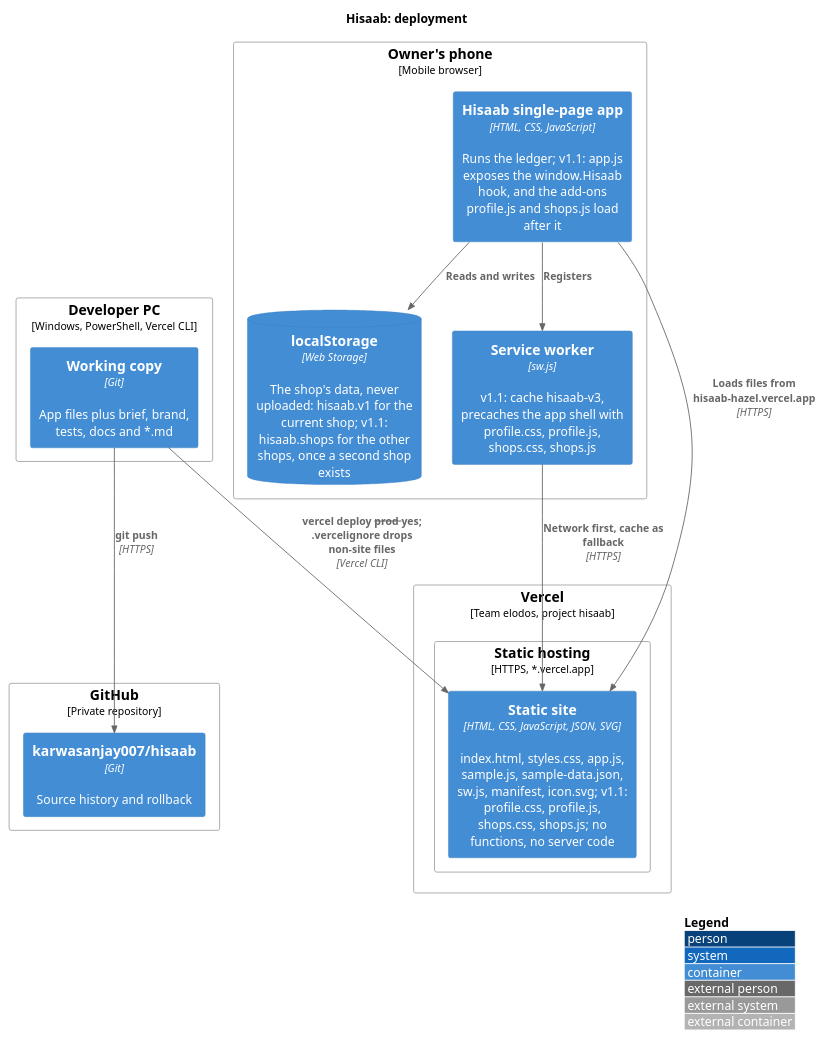
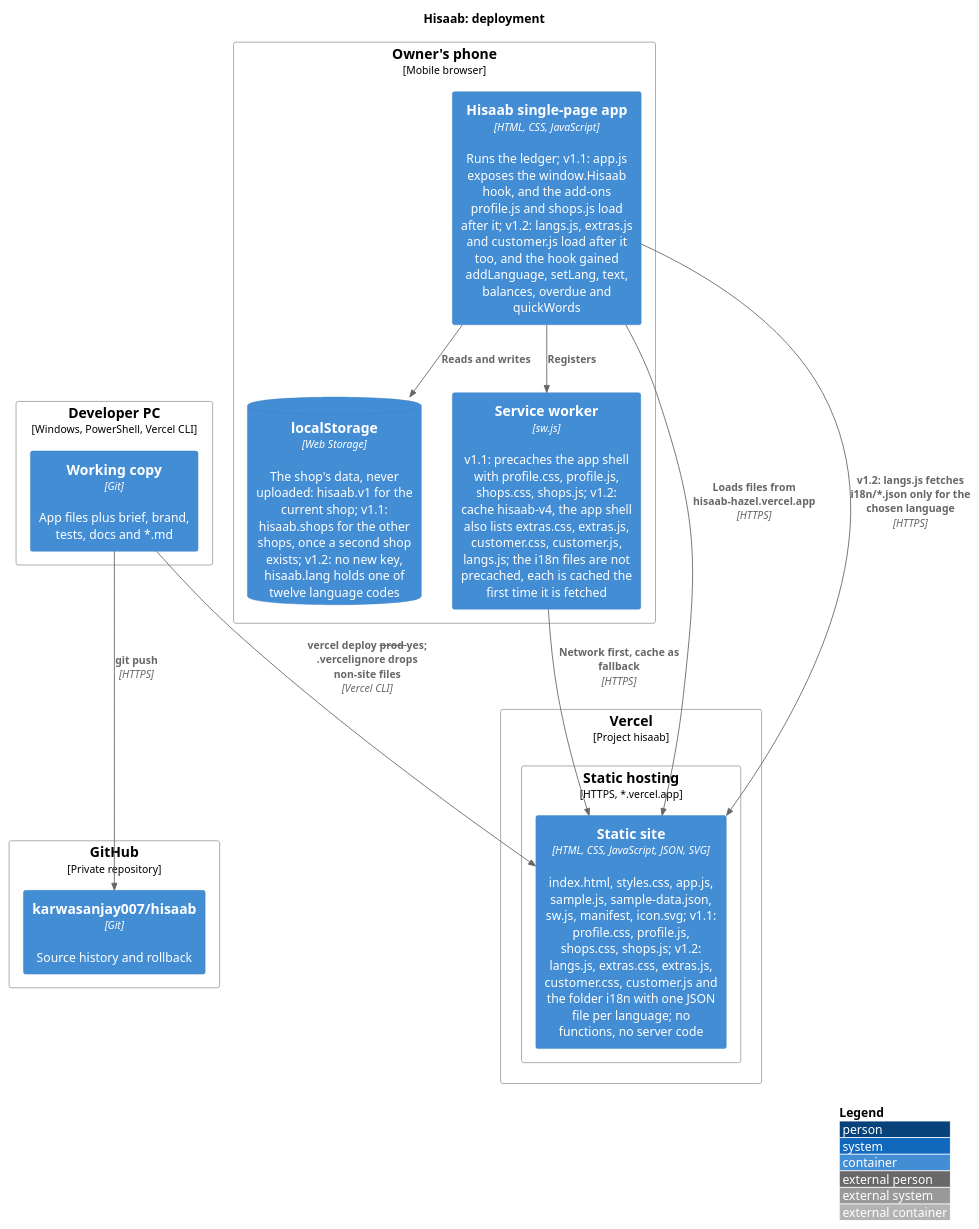
One commit to karwasanjay007/hisaab-docs changed the diagram in docs/diagrams/deployment.puml. Above: the diagram before and after it, drawn with PlantUML. The commit also changed 25 other files, not shown here.

First line of the commit message:
Version 1.2.0.0: twelve languages, customer tools, note shortcuts; README supports table; requirement and feature map; diagrams; evidence; hosting team name removed

```diff
--- a/docs/diagrams/deployment.puml
+++ b/docs/diagrams/deployment.puml
@@ -1,30 +1,31 @@
 @startuml deployment
 !include <C4/C4_Deployment>
 title Hisaab: deployment
 
 Deployment_Node(dev, "Developer PC", "Windows, PowerShell, Vercel CLI") {
   Container(src, "Working copy", "Git", "App files plus brief, brand, tests, docs and *.md")
 }
 Deployment_Node(gh, "GitHub", "Private repository") {
   Container(repo, "karwasanjay007/hisaab", "Git", "Source history and rollback")
 }
-Deployment_Node(vc, "Vercel", "Team elodos, project hisaab") {
+Deployment_Node(vc, "Vercel", "Project hisaab") {
   Deployment_Node(edge, "Static hosting", "HTTPS, *.vercel.app") {
-    Container(site, "Static site", "HTML, CSS, JavaScript, JSON, SVG", "index.html, styles.css, app.js, sample.js, sample-data.json, sw.js, manifest, icon.svg; v1.1: profile.css, profile.js, shops.css, shops.js; no functions, no server code")
+    Container(site, "Static site", "HTML, CSS, JavaScript, JSON, SVG", "index.html, styles.css, app.js, sample.js, sample-data.json, sw.js, manifest, icon.svg; v1.1: profile.css, profile.js, shops.css, shops.js; v1.2: langs.js, extras.css, extras.js, customer.css, customer.js and the folder i18n with one JSON file per language; no functions, no server code")
   }
 }
 Deployment_Node(phone, "Owner's phone", "Mobile browser") {
-  Container(app, "Hisaab single-page app", "HTML, CSS, JavaScript", "Runs the ledger; v1.1: app.js exposes the window.Hisaab hook, and the add-ons profile.js and shops.js load after it")
-  ContainerDb(store, "localStorage", "Web Storage", "The shop's data, never uploaded: hisaab.v1 for the current shop; v1.1: hisaab.shops for the other shops, once a second shop exists")
-  Container(swk, "Service worker", "sw.js", "v1.1: cache hisaab-v3, precaches the app shell with profile.css, profile.js, shops.css, shops.js")
+  Container(app, "Hisaab single-page app", "HTML, CSS, JavaScript", "Runs the ledger; v1.1: app.js exposes the window.Hisaab hook, and the add-ons profile.js and shops.js load after it; v1.2: langs.js, extras.js and customer.js load after it too, and the hook gained addLanguage, setLang, text, balances, overdue and quickWords")
+  ContainerDb(store, "localStorage", "Web Storage", "The shop's data, never uploaded: hisaab.v1 for the current shop; v1.1: hisaab.shops for the other shops, once a second shop exists; v1.2: no new key, hisaab.lang holds one of twelve language codes")
+  Container(swk, "Service worker", "sw.js", "v1.1: precaches the app shell with profile.css, profile.js, shops.css, shops.js; v1.2: cache hisaab-v4, the app shell also lists extras.css, extras.js, customer.css, customer.js, langs.js; the i18n files are not precached, each is cached the first time it is fetched")
 }
 
 Rel(src, repo, "git push", "HTTPS")
 Rel(src, site, "vercel deploy --prod --yes; .vercelignore drops non-site files", "Vercel CLI")
 Rel(app, site, "Loads files from hisaab-hazel.vercel.app", "HTTPS")
+Rel(app, site, "v1.2: langs.js fetches i18n/*.json only for the chosen language", "HTTPS")
 Rel(app, store, "Reads and writes")
 Rel(app, swk, "Registers")
 Rel(swk, site, "Network first, cache as fallback", "HTTPS")
 
 LAYOUT_WITH_LEGEND()
 @enduml
```
